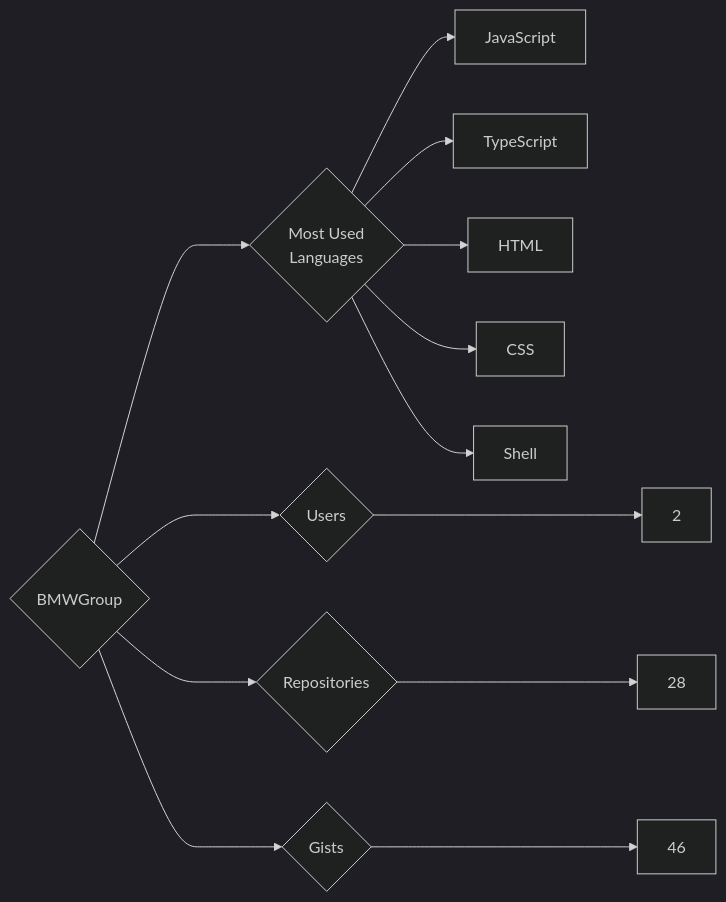
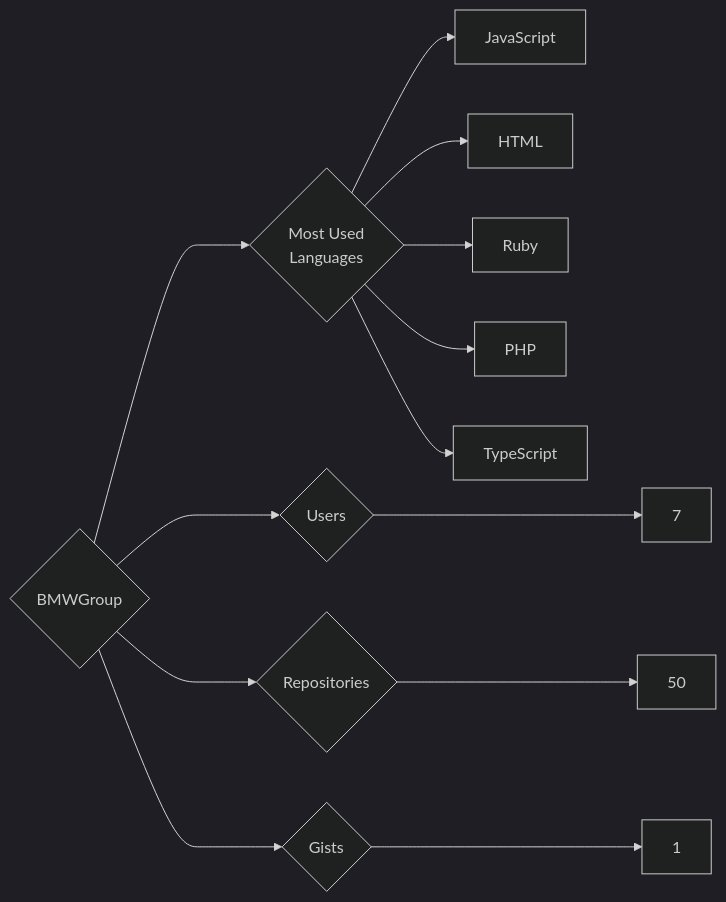
The diagram in targets/BMWGroup/README.md (trickest/insiders), drawn with Mermaid (dark theme) before and after one commit. The commit also changed 1170 other files, not shown here.

````diff
--- a/targets/BMWGroup/README.md
+++ b/targets/BMWGroup/README.md
@@ -3,13 +3,13 @@
 ```mermaid
 graph LR
 COMPANY_NAME{BMWGroup}
-COMPANY_NAME ---> U{Users} ---> UN[2]
-COMPANY_NAME ---> R{Repositories} ---> RN[28]
-COMPANY_NAME ---> G{Gists} ---> GN[46]
+COMPANY_NAME ---> U{Users} ---> UN[7]
+COMPANY_NAME ---> R{Repositories} ---> RN[50]
+COMPANY_NAME ---> G{Gists} ---> GN[1]
 COMPANY_NAME ---> ML{Most Used<br>Languages}
 ML --> JavaScript[JavaScript]
+ML --> HTML[HTML]
+ML --> Ruby[Ruby]
+ML --> PHP[PHP]
 ML --> TypeScript[TypeScript]
-ML --> HTML[HTML]
-ML --> CSS[CSS]
-ML --> Shell[Shell]
 ```
````
